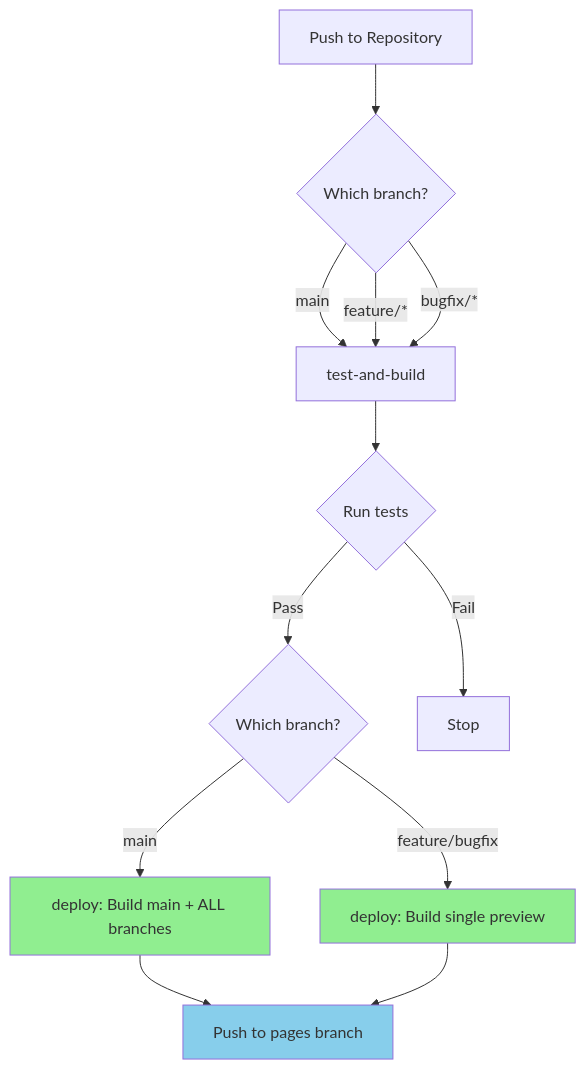
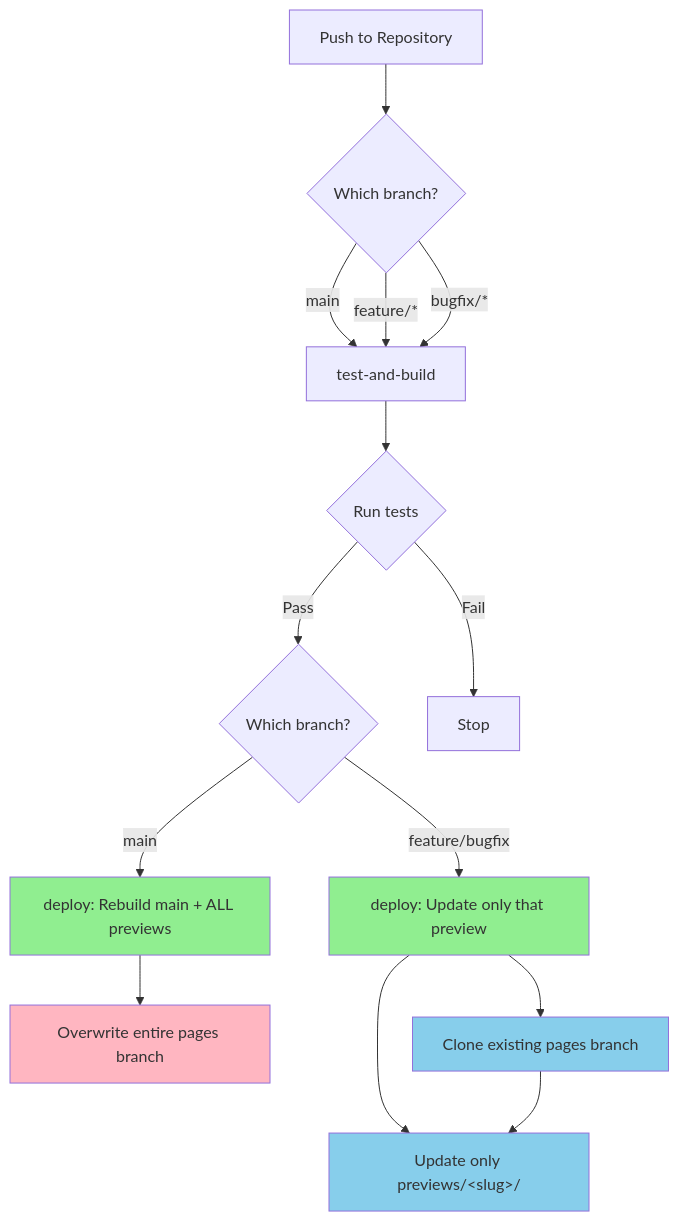
The diagram in .github/cicd.md (thiagomata/parallax), drawn with Mermaid before and after one commit. The commit also changed other lines of this file, not shown here.

Commit message:
docs: clarify diagram - main push overwrites, feature push only updates preview

````diff
--- a/.github/cicd.md
+++ b/.github/cicd.md
@@ -15,24 +15,28 @@
 ```mermaid
 flowchart TD
     A[Push to Repository] --> B{Which branch?}
 
     B -->|main| C[test-and-build]
     B -->|feature/*| C
     B -->|bugfix/*| C
 
     C --> D{Run tests}
 
     D -->|Pass| E{Which branch?}
 
-    E -->|main| F[deploy: Build main + ALL branches]
-    E -->|feature/bugfix| G[deploy: Build single preview]
+    E -->|main| F[deploy: Rebuild main + ALL previews]
+    E -->|feature/bugfix| G[deploy: Update only that preview]
 
-    F --> H[Push to pages branch]
-    G --> H
+    F --> H[Overwrite entire pages branch]
+    G --> H1[Clone existing pages branch]
+    G --> H2[Update only previews/&lt;slug&gt;/]
+    H1 --> H2
 
     D -->|Fail| I[Stop]
 
     style F fill:#90EE90
     style G fill:#90EE90
-    style H fill:#87CEEB
+    style H fill:#FFB6C1
+    style H1 fill:#87CEEB
+    style H2 fill:#87CEEB
 ```
````
